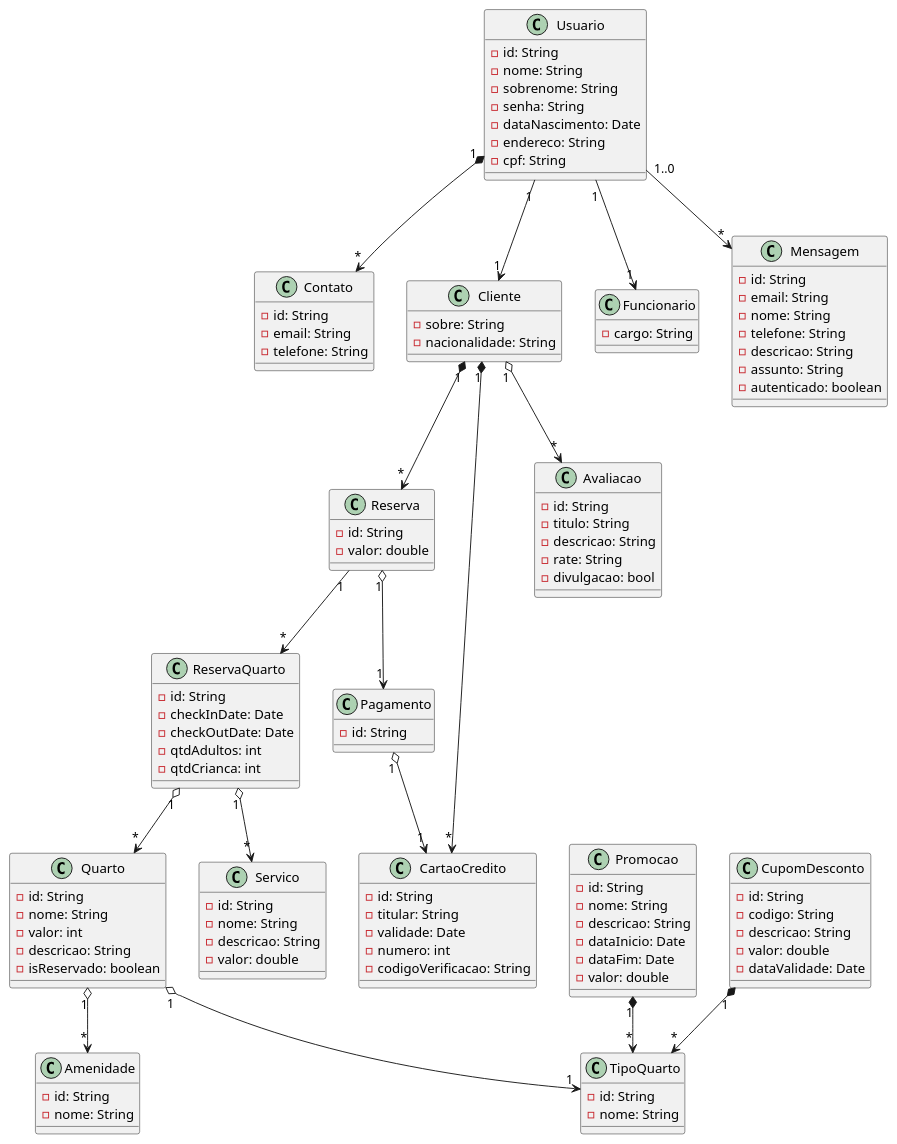
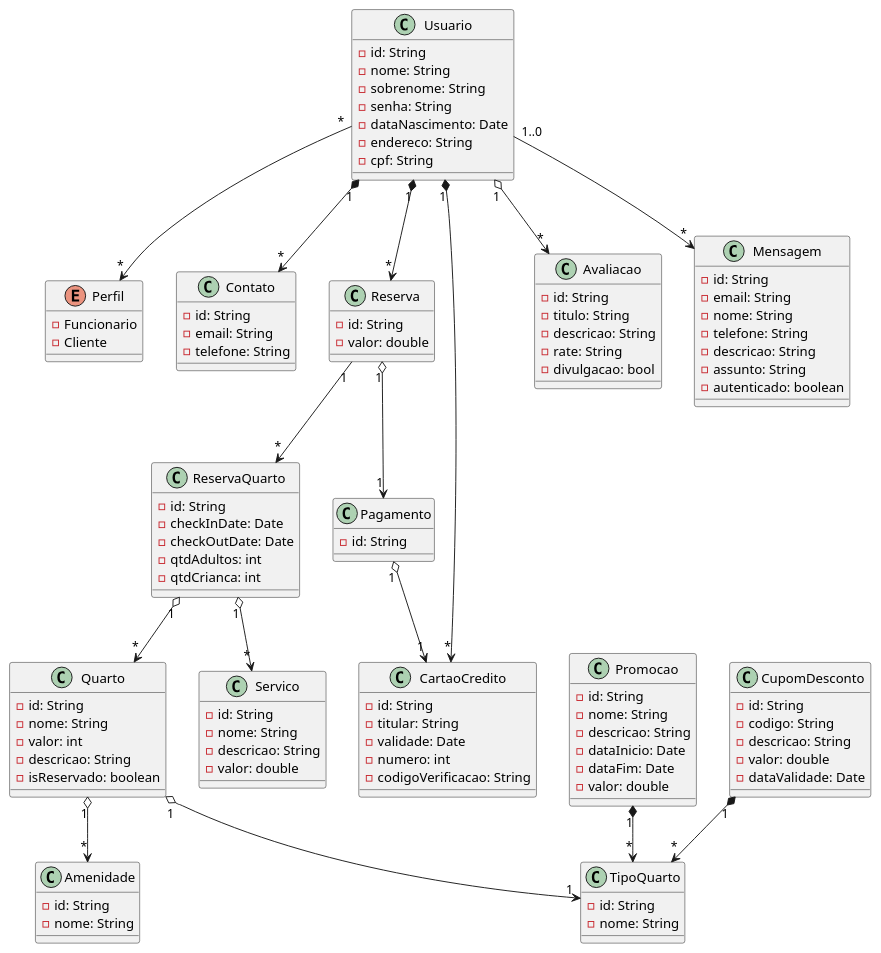
One commit to Juliana-Paz/quarkus-hotel changed the diagram in src/main/resources/documents/Uml_Hotel_Final.puml. Above: the diagram before and after it, drawn with PlantUML. The commit also changed other lines of this file and 38 other files, not shown here.

```diff
--- a/src/main/resources/documents/Uml_Hotel_Final.puml
+++ b/src/main/resources/documents/Uml_Hotel_Final.puml
@@ -1,131 +1,126 @@
 @startuml OasisHotel
 
 class Usuario {
     - id: String
     - nome: String
     - sobrenome: String
     - senha: String
     - dataNascimento: Date
     - endereco: String
     - cpf: String
 }
 
+enum Perfil {
+    - Funcionario
+    - Cliente
+}
+
 class Contato {
     - id: String
     - email: String
     - telefone: String
-}
-
-class Cliente {
-    - sobre: String
-    - nacionalidade: String
-}
-
-class Funcionario {
-    - cargo: String
 }
 
 class Quarto {
     - id: String
     - nome: String
     - valor: int
     - descricao: String
     - isReservado: boolean
 }
 
 class TipoQuarto {
     - id: String
     - nome: String
 }
 
 class Amenidade {
     - id: String
     - nome: String
 }
 
 class Promocao {
     - id: String
     - nome: String
     - descricao: String
     - dataInicio: Date
     - dataFim: Date
     - valor: double
 }
 
 class ReservaQuarto {
     - id: String
     - checkInDate: Date
     - checkOutDate: Date
     - qtdAdultos: int
     - qtdCrianca: int
 }
 
 class Servico {
     - id: String
     - nome: String
     - descricao: String
     - valor: double
 }
 
 class Reserva {
     - id: String
     - valor: double
 }
 
 class Pagamento {
     - id: String
 }
 
 class CartaoCredito {
     - id: String
     - titular: String
     - validade: Date
     - numero: int 
     - codigoVerificacao: String
 }
 
 class CupomDesconto {
     - id: String
     - codigo: String
     - descricao: String
     - valor: double
     - dataValidade: Date
 }
 
 class Avaliacao {
     - id: String
     - titulo: String
     - descricao: String
     - rate: String
     - divulgacao: bool
 }
 
 class Mensagem {
     - id: String
     - email: String
     - nome: String
     - telefone: String
     - descricao: String
     - assunto: String
     - autenticado: boolean
 }
 
 Usuario "1" *--> "*" Contato
 Usuario "1..0" --> "*" Mensagem
-Usuario "1" --> "1" Funcionario
-Usuario "1" --> "1" Cliente
-Cliente "1" *--> "*" CartaoCredito
-Cliente "1" o--> "*" Avaliacao
-Cliente "1" *--> "*" Reserva
+Usuario "*" --> "*" Perfil
+Usuario "1" *--> "*" CartaoCredito
+Usuario "1" o--> "*" Avaliacao
+Usuario "1" *--> "*" Reserva
 Reserva "1" o--> "1" Pagamento
 Pagamento "1" o--> "1" CartaoCredito
 Reserva "1" --> "*" ReservaQuarto
 ReservaQuarto "1" o--> "*" Servico
 ReservaQuarto "1" o--> "*" Quarto
 Quarto "1" o--> "*" Amenidade
 Quarto "1" o--> "1" TipoQuarto
 Promocao "1" *--> "*" TipoQuarto
 CupomDesconto "1" *--> "*" TipoQuarto
 
 
 @enduml
```
